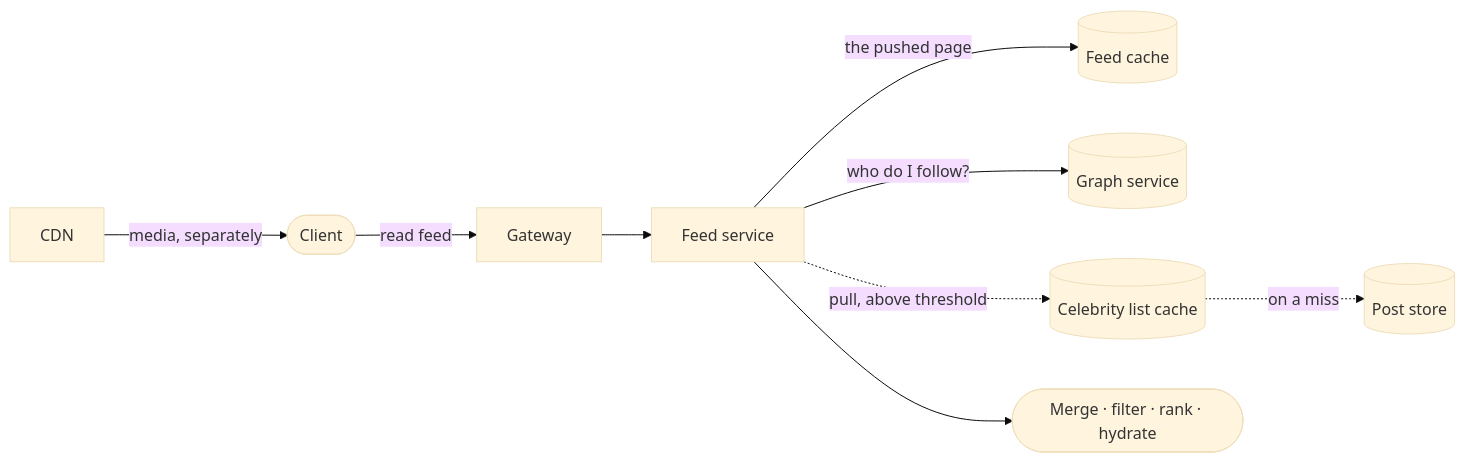
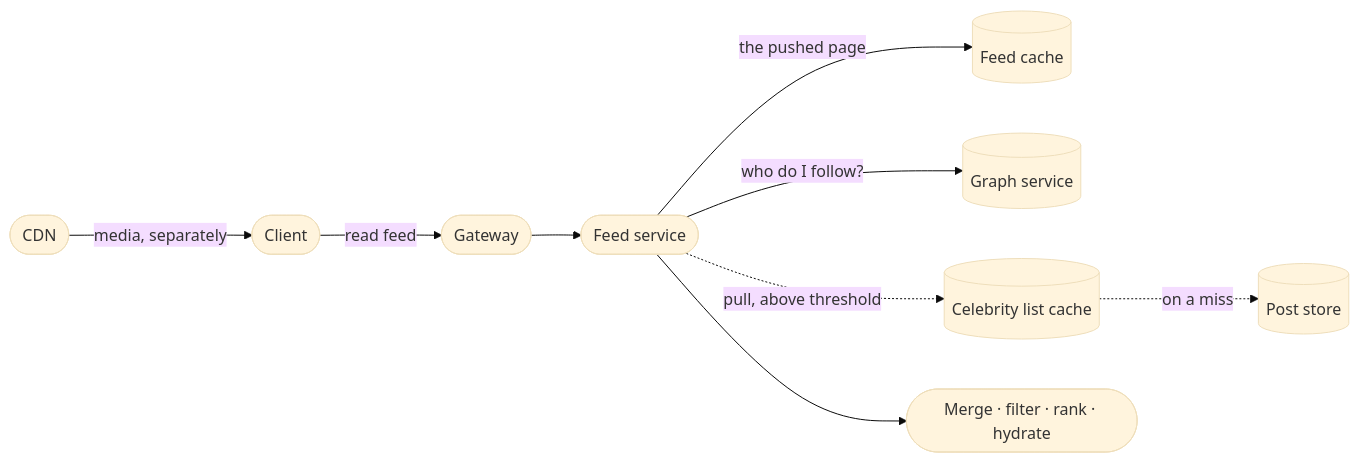
One commit to Laticent/lattice changed diagram 18 of 19 in examples/system-design-foundations.md. Above: the diagram before and after it, drawn with Mermaid (base theme). The commit also changed other lines of this file and 1 other file, not shown here.

````diff
--- a/examples/system-design-foundations.md
+++ b/examples/system-design-foundations.md
@@ -2446,10 +2451,10 @@
 ```mermaid
 flowchart LR
-  C(["Client"]) -->|"read feed"| API["Gateway"] --> FR["Feed service"]
+  C(["Client"]) -->|"read feed"| API(["Gateway"]) --> FR(["Feed service"])
   FR -->|"the pushed page"| FC[("Feed cache")]
   FR -->|"who do I follow?"| GS[("Graph service")]
   FR -.->|"pull, above threshold"| CC[("Celebrity list cache")]
   CC -.->|"on a miss"| PDB[("Post store")]
   FR --> OUT(["Merge · filter · rank · hydrate"])
-  CDN["CDN"] -->|"media, separately"| C
+  CDN(["CDN"]) -->|"media, separately"| C
 ```
````
